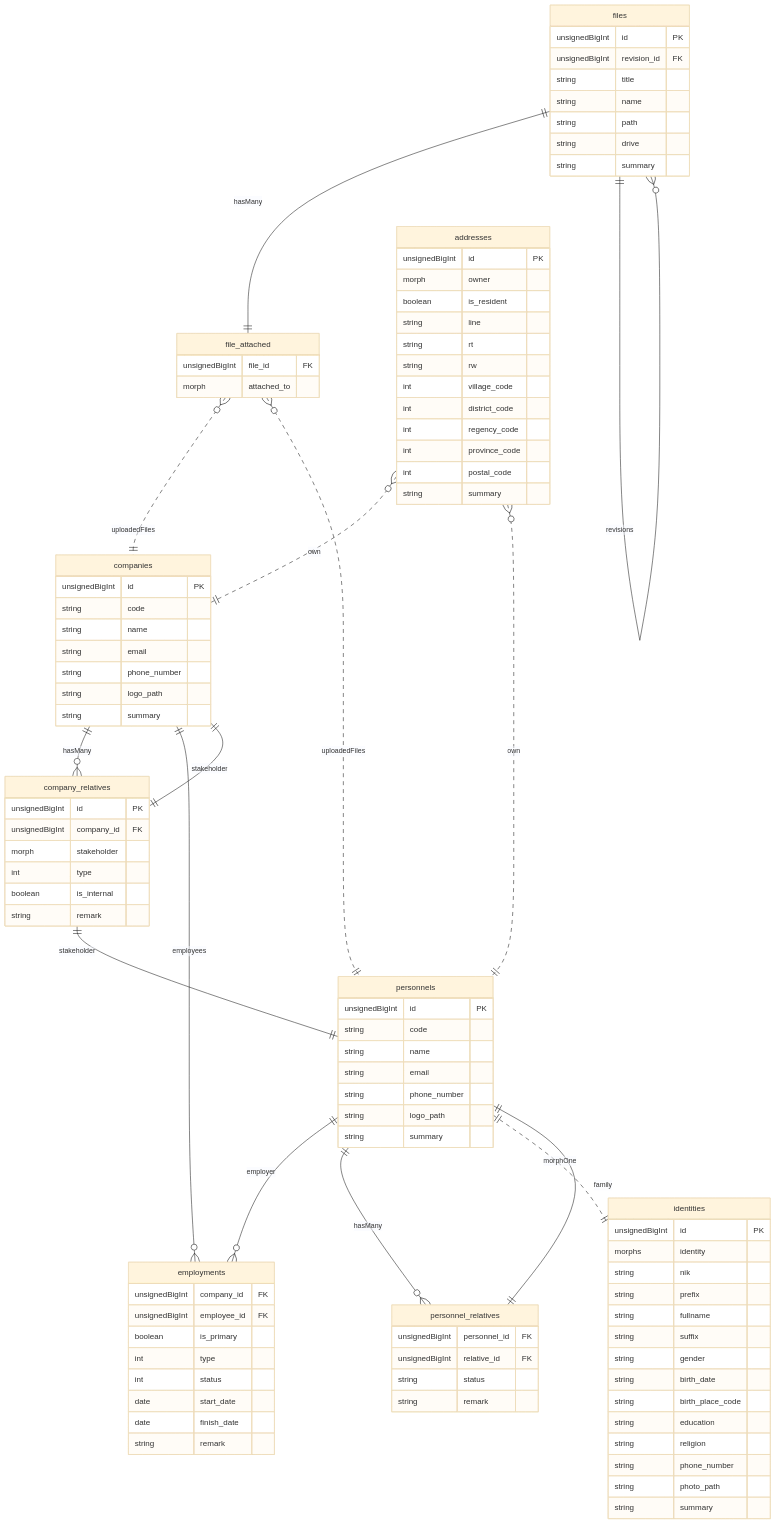
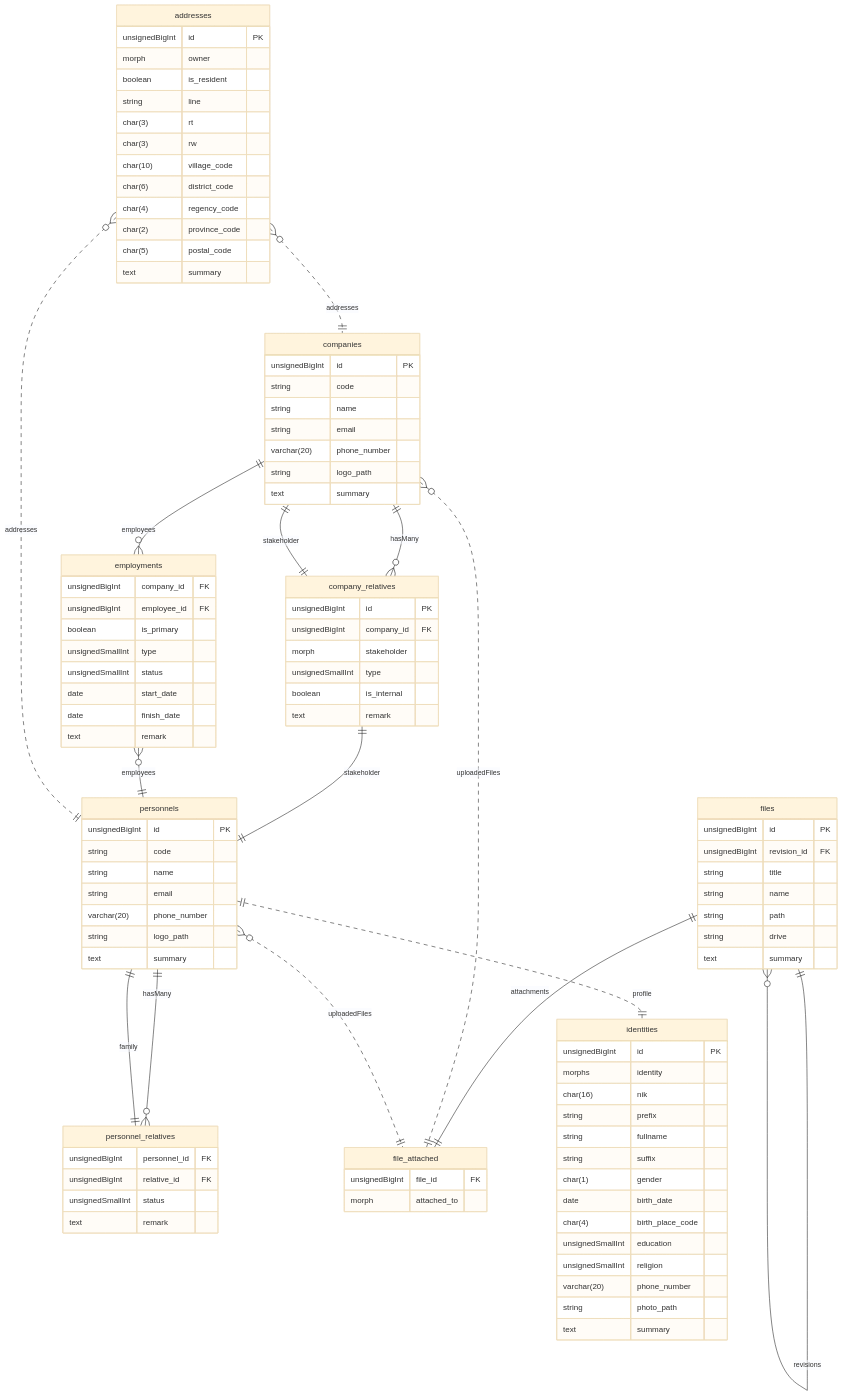
The first of 6 diagrams in database/README.md (creasico/laravel-base), drawn with Mermaid (base theme) before and after one commit. The commit also changed other lines of this file, not shown here.

Commit message:
chore(docs): update database documentation

````diff
--- a/database/README.md
+++ b/database/README.md
@@ -8,9 +8,9 @@
         string code
         string name
         string email
-        string phone_number
+        varchar(20) phone_number
         string logo_path
-        string summary
+        text summary
     }
 
     company_relatives ||--|| companies : stakeholder
@@ -19,22 +19,22 @@
         unsignedBigInt id PK
         unsignedBigInt company_id FK
         morph stakeholder
-        int type
+        unsignedSmallInt type
         boolean is_internal
-        string remark
+        text remark
     }
 
     companies ||--o{ employments : employees
-    personnels ||--o{ employments : employer
+    employments }o--|| personnels : employees
     employments {
         unsignedBigInt company_id FK
         unsignedBigInt employee_id FK
         boolean is_primary
-        int type
-        int status
+        unsignedSmallInt type
+        unsignedSmallInt status
         date start_date
         date finish_date
-        string remark
+        text remark
     }
 
     personnels {
@@ -42,9 +42,9 @@
         string code
         string name
         string email
-        string phone_number
+        varchar(20) phone_number
         string logo_path
-        string summary
+        text summary
     }
     
     personnels ||--o{ personnel_relatives : hasMany
@@ -52,11 +52,11 @@
     personnel_relatives {
         unsignedBigInt personnel_id FK
         unsignedBigInt relative_id FK
-        string status
-        string remark
+        unsignedSmallInt status
+        text remark
     }
 
-    files ||--|| file_attached : hasMany
+    files ||--|| file_attached : attachments
     files ||--o{ files : revisions
     files {
         unsignedBigInt id PK
@@ -65,47 +65,47 @@
         string name
         string path
         string drive
-        string summary
+        text summary
     }
-    file_attached }o..|| companies : uploadedFiles
-    file_attached }o..|| personnels : uploadedFiles
+    companies }o..|| file_attached : uploadedFiles
+    personnels }o..|| file_attached : uploadedFiles
     file_attached {
         unsignedBigInt file_id FK
         morph attached_to
     }
 
-    addresses }o..|| companies : own
-    addresses }o..|| personnels : own
+    addresses }o..|| companies : addresses
+    addresses }o..|| personnels : addresses
     addresses {
         unsignedBigInt id PK
         morph owner
         boolean is_resident
         string line
-        string rt
-        string rw
-        int village_code
-        int district_code
-        int regency_code
-        int province_code
-        int postal_code
-        string summary
+        char(3) rt
+        char(3) rw
+        char(10) village_code
+        char(6) district_code
+        char(4) regency_code
+        char(2) province_code
+        char(5) postal_code
+        text summary
     }
 
-    personnels ||..|| identities : morphOne
+    personnels ||..|| identities : profile
     identities {
         unsignedBigInt id PK
         morphs identity
-        string nik
+        char(16) nik
         string prefix
         string fullname
         string suffix
-        string gender
-        string birth_date
-        string birth_place_code
-        string education
-        string religion
-        string phone_number
+        char(1) gender
+        date birth_date
+        char(4) birth_place_code
+        unsignedSmallInt education
+        unsignedSmallInt religion
+        varchar(20) phone_number
         string photo_path
-        string summary
+        text summary
     }
 ```
````
